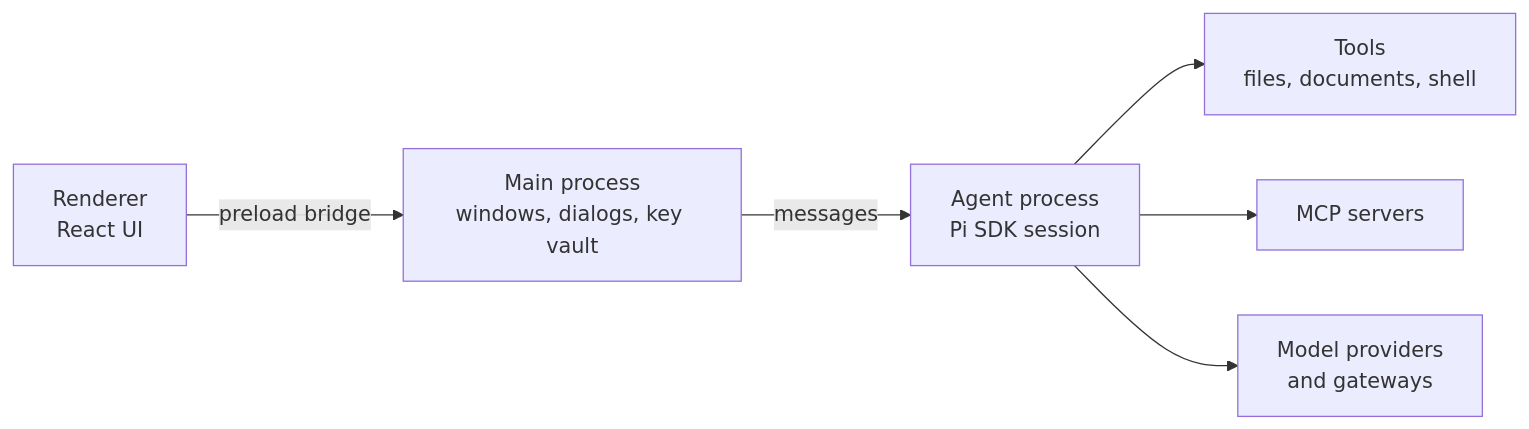
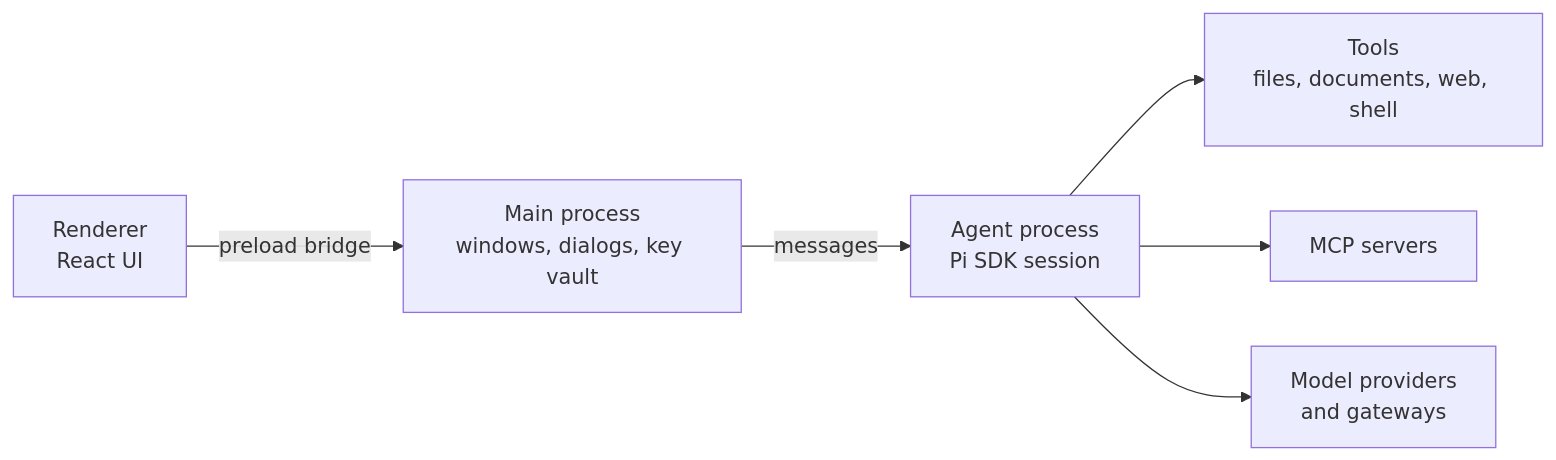
Before and after one commit to pp-techs/pp-agent: the diagram in README.md, drawn with Mermaid. The commit also changed other lines of this file and 97 other files, not shown here.

````diff
--- a/README.md
+++ b/README.md
@@ -62,8 +64,8 @@
 ```mermaid
 flowchart LR
   R[Renderer<br/>React UI] -- "preload bridge" --> M[Main process<br/>windows, dialogs, key vault]
   M -- messages --> A[Agent process<br/>Pi SDK session]
-  A --> T[Tools<br/>files, documents, shell]
+  A --> T[Tools<br/>files, documents, web, shell]
   A --> X[MCP servers]
   A --> P[Model providers<br/>and gateways]
 ```
````
